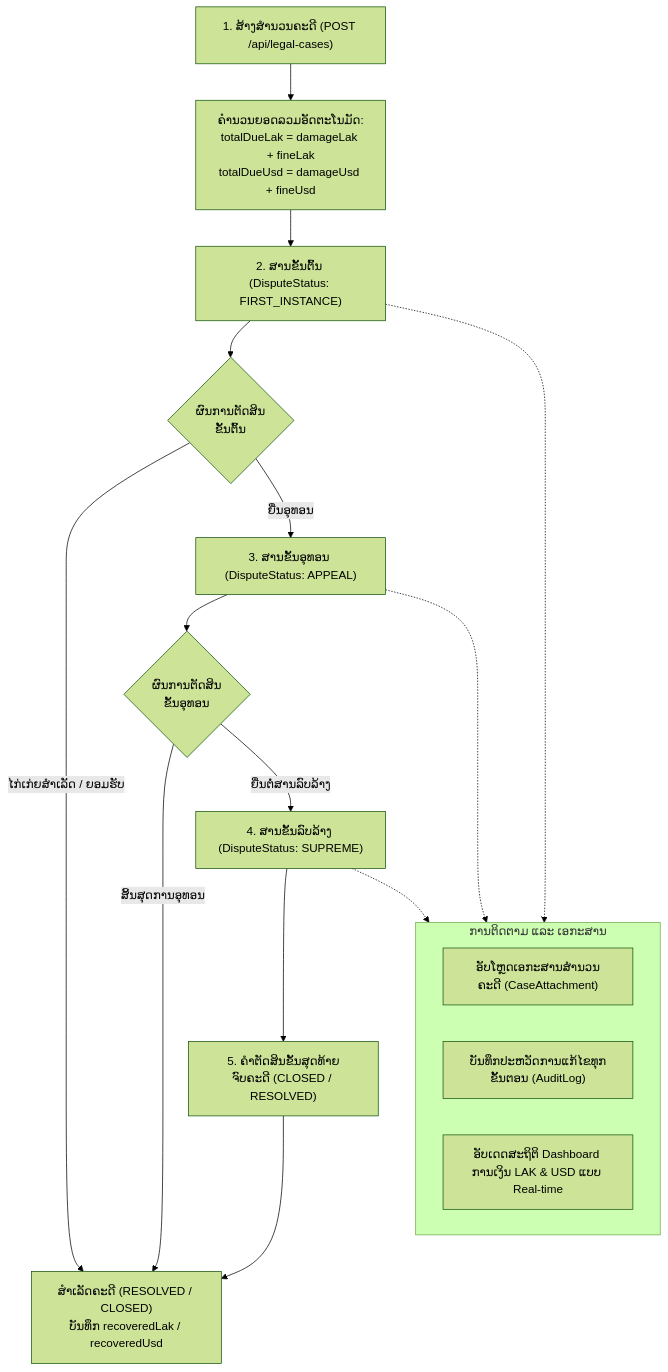
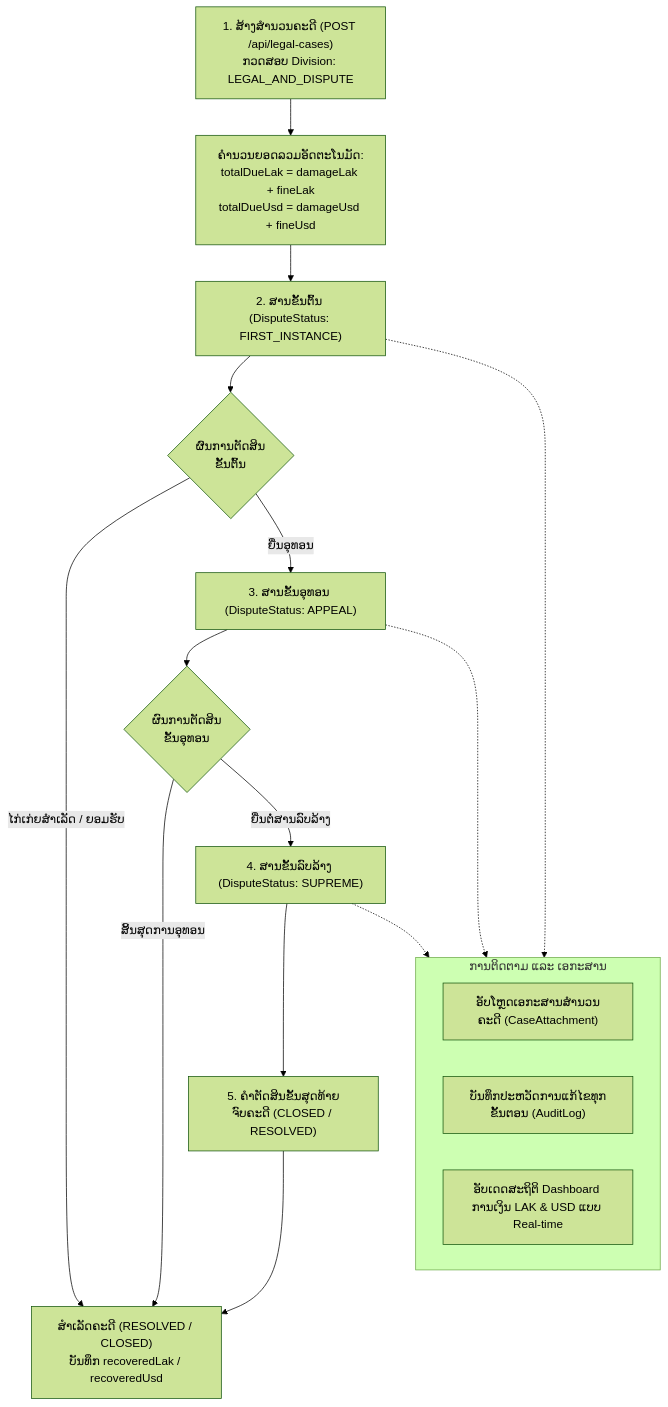
The sixth of 9 diagrams in SYSTEM_FLOW_AND_MODULES.md (SamMie341/legal-contract-backend), drawn with Mermaid (forest theme) before and after one commit. The commit also changed other lines of this file and 100 other files, not shown here.

````diff
--- a/SYSTEM_FLOW_AND_MODULES.md
+++ b/SYSTEM_FLOW_AND_MODULES.md
@@ -194,26 +231,26 @@
 ```mermaid
 flowchart TD
-    CreateCase["1. ສ້າງສຳນວນຄະດີ (POST /api/legal-cases)"] --> AutoCalc["ຄຳນວນຍອດລວມອັດຕະໂນມັດ:<br/>totalDueLak = damageLak + fineLak<br/>totalDueUsd = damageUsd + fineUsd"]
+    CreateCase["1. ສ້າງສຳນວນຄະດີ (POST /api/legal-cases)<br/>ກວດສອບ Division: LEGAL_AND_DISPUTE"] --> AutoCalc["ຄຳນວນຍອດລວມອັດຕະໂນມັດ:<br/>totalDueLak = damageLak + fineLak<br/>totalDueUsd = damageUsd + fineUsd"]
     AutoCalc --> Stage1["2. ສານຂັ້ນຕົ້ນ (DisputeStatus: FIRST_INSTANCE)"]
 
     Stage1 --> Verdict1{"ຜົນການຕັດສິນ<br/>ຂັ້ນຕົ້ນ"}
     Verdict1 -- "ໄກ່ເກ່ຍສຳເລັດ / ຍອມຮັບ" --> Resolved["ສຳເລັດຄະດີ (RESOLVED / CLOSED)<br/>ບັນທຶກ recoveredLak / recoveredUsd"]
     Verdict1 -- "ຍື່ນອຸທອນ" --> Stage2["3. ສານຂັ້ນອຸທອນ (DisputeStatus: APPEAL)"]
 
     Stage2 --> Verdict2{"ຜົນການຕັດສິນ<br/>ຂັ້ນອຸທອນ"}
     Verdict2 -- "ສິ້ນສຸດການອຸທອນ" --> Resolved
     Verdict2 -- "ຍື່ນຕໍ່ສານລົບລ້າງ" --> Stage3["4. ສານຂັ້ນລົບລ້າງ (DisputeStatus: SUPREME)"]
 
     Stage3 --> FinalVerdict["5. ຄຳຕັດສິນຂັ້ນສຸດທ້າຍ<br/>ຈົບຄະດີ (CLOSED / RESOLVED)"]
     FinalVerdict --> Resolved
 
     subgraph AttachmentsAndProgress["ການຕິດຕາມ ແລະ ເອກະສານ"]
         DocDossier["ອັບໂຫຼດເອກະສານສຳນວນຄະດີ (CaseAttachment)"]
         AuditTrack["ບັນທຶກປະຫວັດການແກ້ໄຂທຸກຂັ້ນຕອນ (AuditLog)"]
         DashboardUpdate["ອັບເດດສະຖິຕິ Dashboard ການເງິນ LAK & USD ແບບ Real-time"]
     end
 
     Stage1 -.-> AttachmentsAndProgress
     Stage2 -.-> AttachmentsAndProgress
     Stage3 -.-> AttachmentsAndProgress
 ```
````
